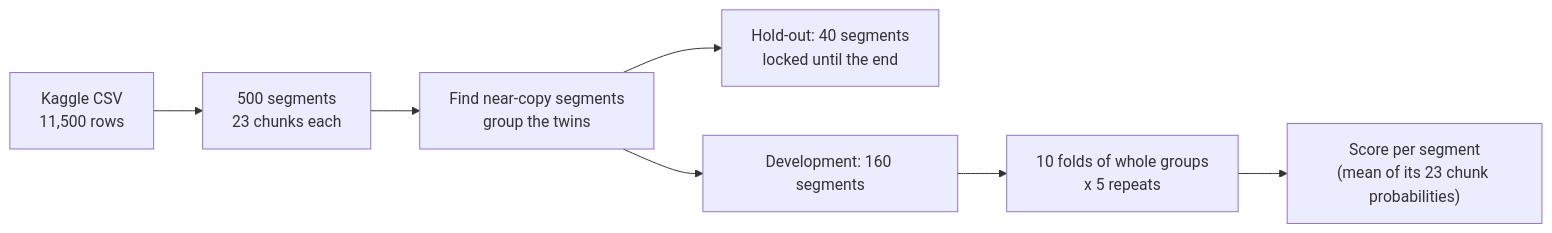
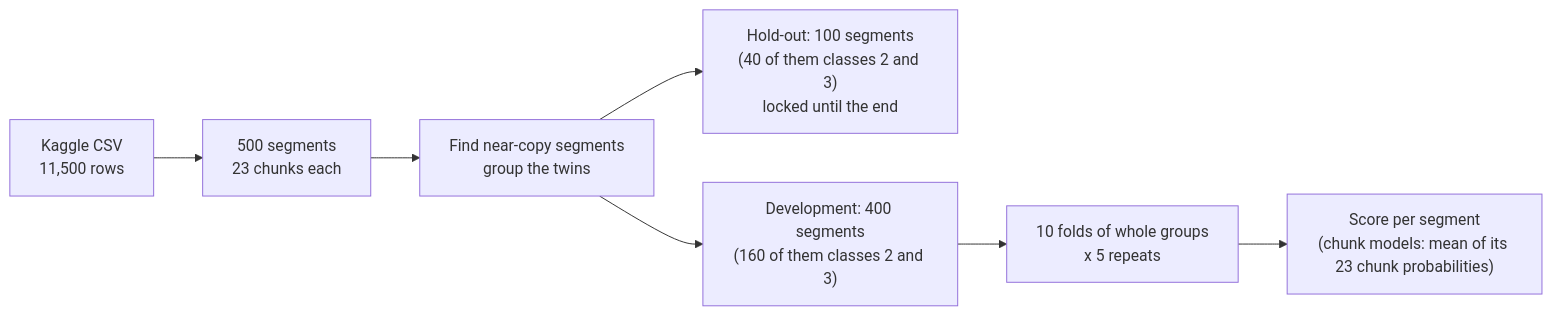
Before and after one commit to viveka2863/seizure-epileptogenic-localisation: the diagram in README.md, drawn with Mermaid. The commit also changed other lines of this file and 1 other file, not shown here.

````diff
--- a/README.md
+++ b/README.md
@@ -16,9 +17,9 @@
 ```mermaid
 flowchart LR
     A["Kaggle CSV<br/>11,500 rows"] --> B["500 segments<br/>23 chunks each"]
     B --> C["Find near-copy segments<br/>group the twins"]
-    C --> D["Hold-out: 40 segments<br/>locked until the end"]
-    C --> E["Development: 160 segments"]
+    C --> D["Hold-out: 100 segments<br/>(40 of them classes 2 and 3)<br/>locked until the end"]
+    C --> E["Development: 400 segments<br/>(160 of them classes 2 and 3)"]
     E --> F["10 folds of whole groups<br/>x 5 repeats"]
-    F --> G["Score per segment<br/>(mean of its 23 chunk probabilities)"]
+    F --> G["Score per segment<br/>(chunk models: mean of its 23 chunk probabilities)"]
 ```
````
